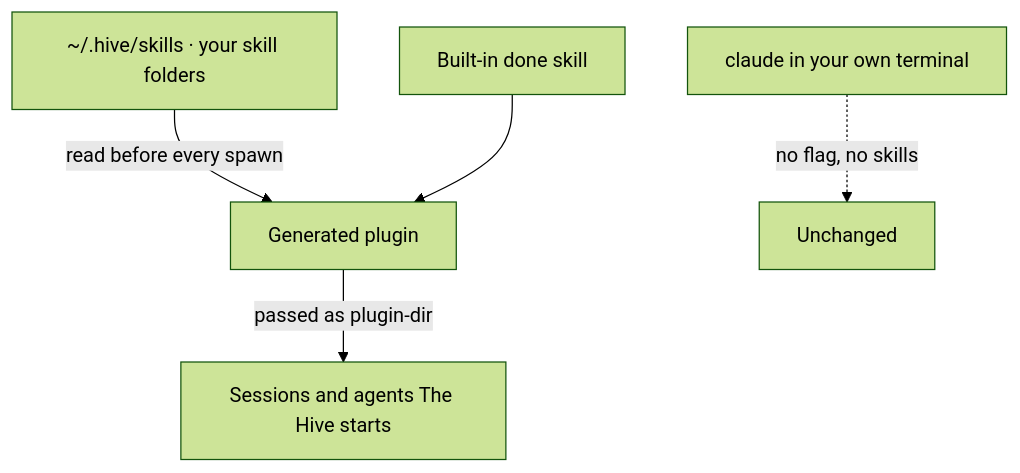
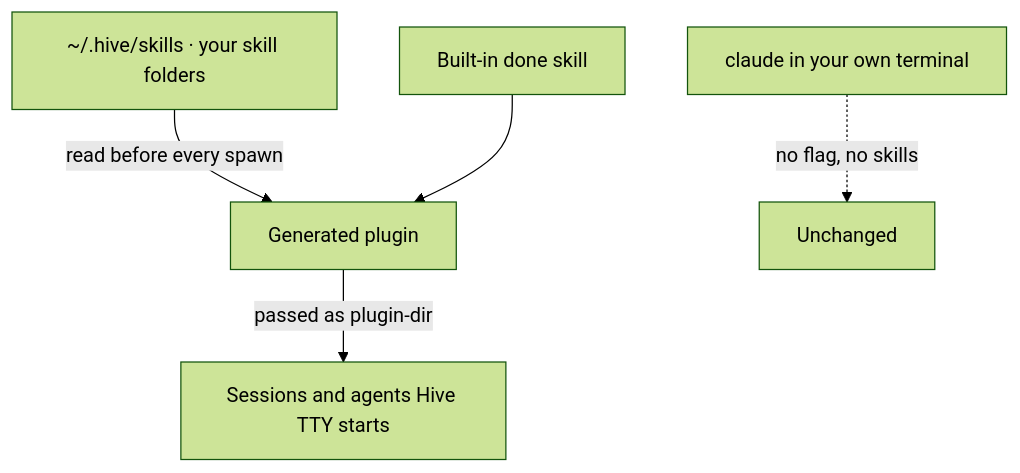
The diagram in docs/assets/diagrams/skills.mmd (behiques/hivetty), drawn with Mermaid (forest theme) before and after one commit. The commit also changed 45 other files, not shown here.

```diff
--- a/docs/assets/diagrams/skills.mmd
+++ b/docs/assets/diagrams/skills.mmd
@@ -1,5 +1,5 @@
 flowchart TD
   src[~/.hive/skills · your skill folders] -->|read before every spawn| plug[Generated plugin]
   builtin[Built-in done skill] --> plug
-  plug -->|passed as plugin-dir| hive[Sessions and agents The Hive starts]
+  plug -->|passed as plugin-dir| hive[Sessions and agents Hive TTY starts]
   own[claude in your own terminal] -.->|no flag, no skills| same[Unchanged]
```
